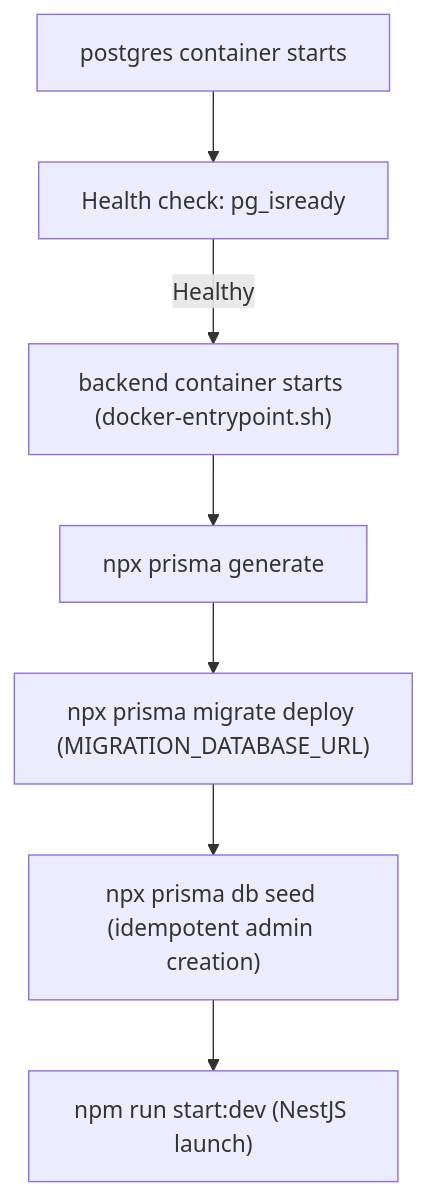
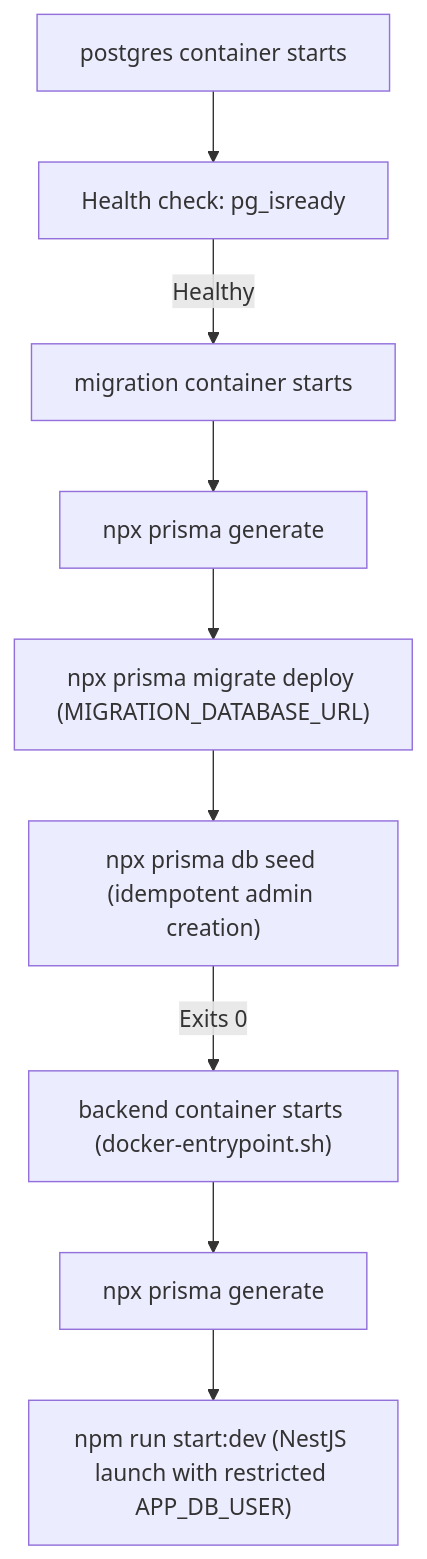
The diagram in docs/database-setup.md (bartek3058/ft_transcendence), drawn with Mermaid before and after one commit. The commit also changed other lines of this file and 5 other files, not shown here.

````diff
--- a/docs/database-setup.md
+++ b/docs/database-setup.md
@@ -79,9 +79,11 @@
 ```mermaid
 flowchart TD
     A["postgres container starts"] --> B["Health check: pg_isready"]
-    B -- Healthy --> C["backend container starts (docker-entrypoint.sh)"]
+    B -- Healthy --> C["migration container starts"]
     C --> D["npx prisma generate"]
     D --> E["npx prisma migrate deploy (MIGRATION_DATABASE_URL)"]
     E --> F["npx prisma db seed (idempotent admin creation)"]
-    F --> G["npm run start:dev (NestJS launch)"]
+    F -- Exits 0 --> G["backend container starts (docker-entrypoint.sh)"]
+    G --> H["npx prisma generate"]
+    H --> I["npm run start:dev (NestJS launch with restricted APP_DB_USER)"]
 ```
````
